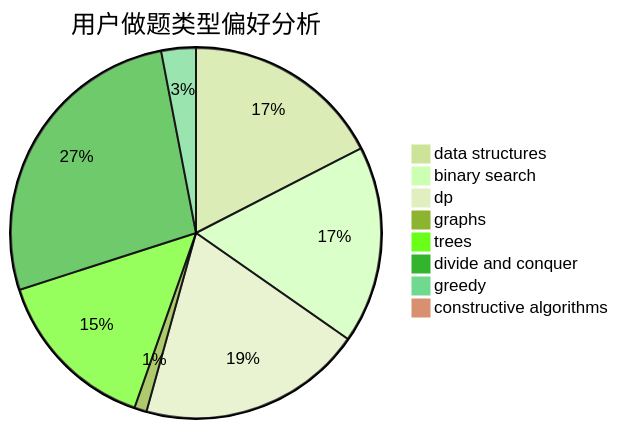
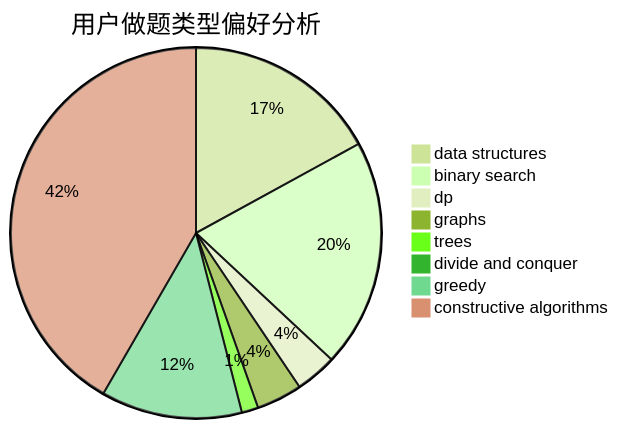
Before and after one commit to sherpahu/cfrs.github.io: the second of 3 diagrams in docs/user/u1092.md, drawn with Mermaid (forest theme). The commit also changed other lines of this file and 2770 other files, not shown here.

````diff
--- a/docs/user/u1092.md
+++ b/docs/user/u1092.md
@@ -23,11 +23,11 @@
 ```mermaid
 pie title 用户做题类型偏好分析
-    "data structures" :  81
-    "binary search" :  80
-    "dp" :  91
-    "graphs" :  5
-    "trees" :  68
-    "divide and conquer" :  125
-    "greedy" :  14
-    "constructive algorithms" :  3
+    "data structures" :  47
+    "binary search" :  55
+    "dp" :  10
+    "graphs" :  11
+    "trees" :  4
+    "divide and conquer" :  0
+    "greedy" :  34
+    "constructive algorithms" :  115
 ```
````
